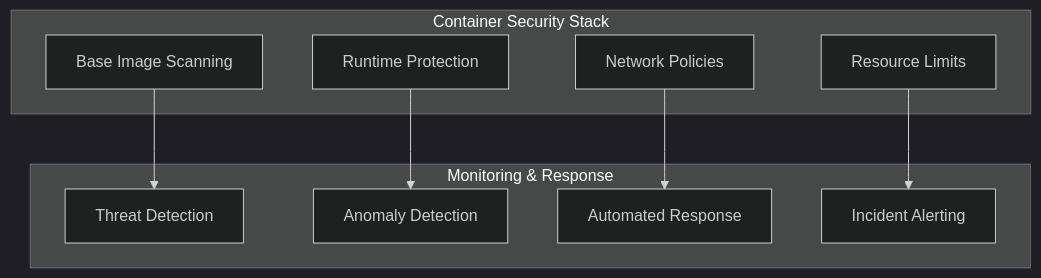
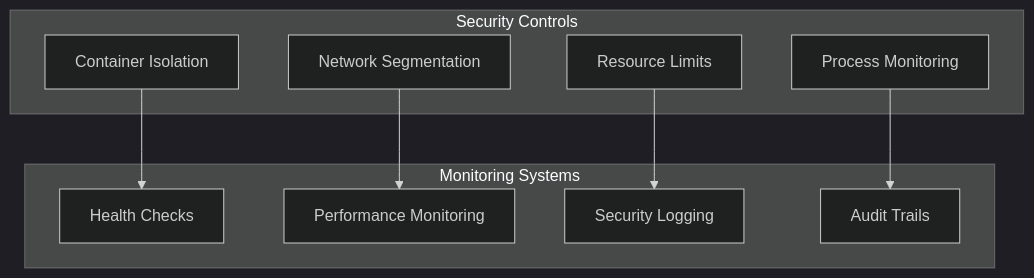
One commit to Vishwa0220/securaa-internal-documents changed the fourth of 6 diagrams in secura-customer-security-documentation.md. Above: the diagram before and after it, drawn with Mermaid (dark theme). The commit also changed other lines of this file, not shown here.

Commit message:
added security document

````diff
--- a/secura-customer-security-documentation.md
+++ b/secura-customer-security-documentation.md
@@ -257,21 +294,21 @@
 ```mermaid
 graph TB
-    subgraph "Container Security Stack"
-        A[Base Image Scanning]
-        B[Runtime Protection]
-        C[Network Policies]
-        D[Resource Limits]
+    subgraph "Security Controls"
+        A[Container Isolation]
+        B[Network Segmentation]
+        C[Resource Limits]
+        D[Process Monitoring]
     end
     
-    subgraph "Monitoring & Response"
-        E[Threat Detection]
-        F[Anomaly Detection]
-        G[Automated Response]
-        H[Incident Alerting]
+    subgraph "Monitoring Systems"
+        E[Health Checks]
+        F[Performance Monitoring]
+        G[Security Logging]
+        H[Audit Trails]
     end
     
     A --> E
     B --> F
     C --> G
     D --> H
 ```
````
